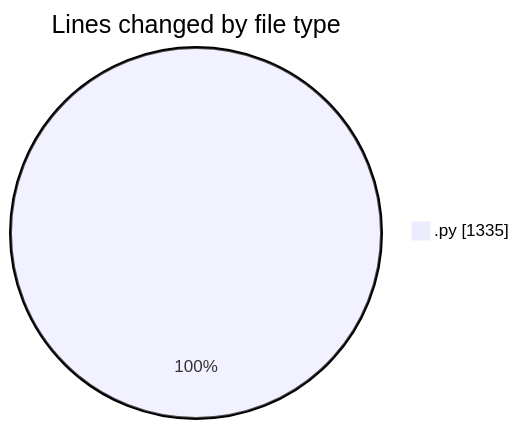
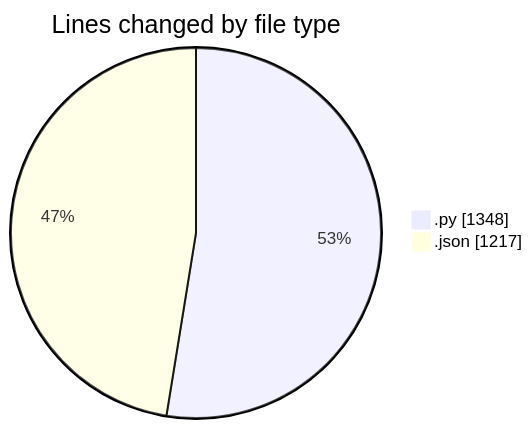
The first of 2 diagrams in 2025-07-28/refunds/README.md (EIIisD/code-tracking), drawn with Mermaid before and after one commit. The commit also changed other lines of this file and 1 other file, not shown here.

````diff
--- a/2025-07-28/refunds/README.md
+++ b/2025-07-28/refunds/README.md
@@ -21,5 +22,6 @@
 ```mermaid
 pie showData
 title Lines changed by file type
-".py" : 1335
+".py" : 1348
+".json" : 1217
 ```
````
